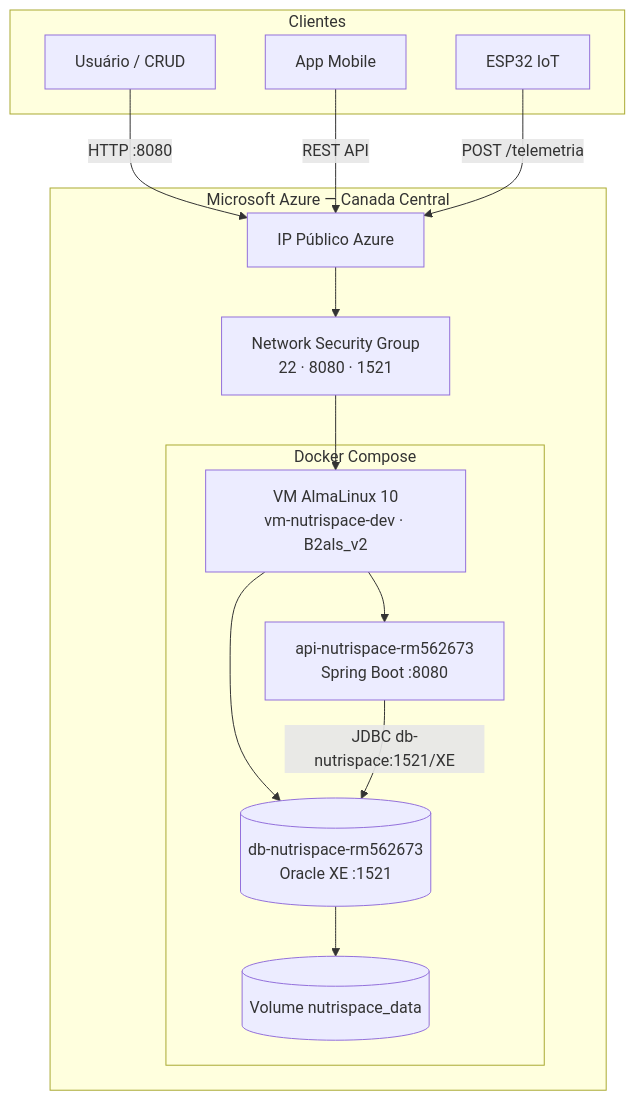
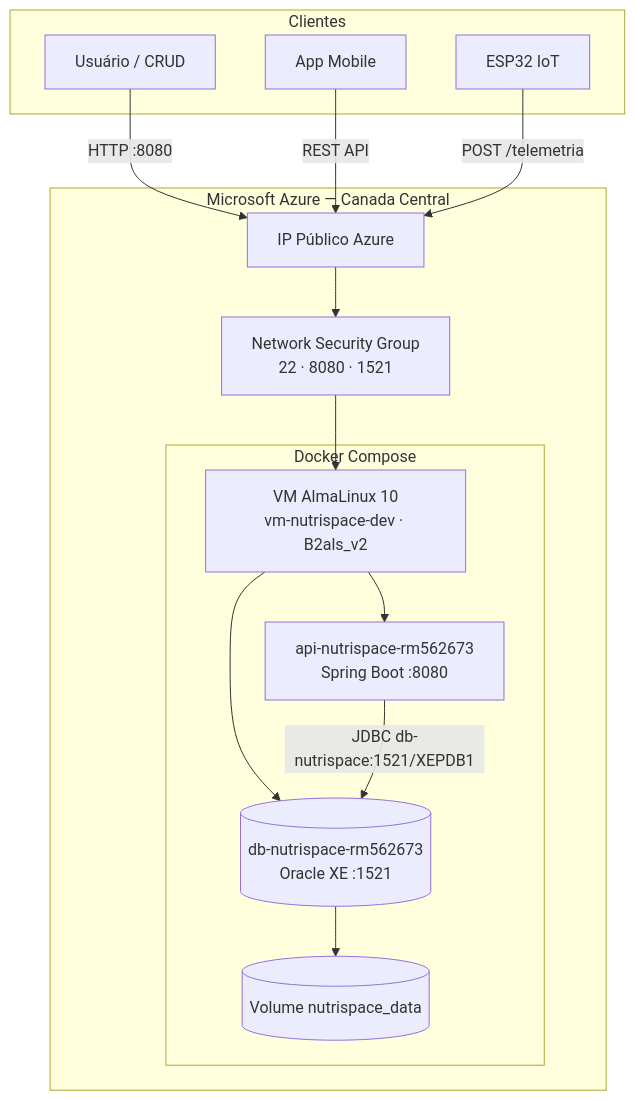
The diagram in README.md (GuuiSOares/nutrispace-devops), drawn with Mermaid before and after one commit. The commit also changed other lines of this file and 1 other file, not shown here.

````diff
--- a/README.md
+++ b/README.md
@@ -35,24 +35,24 @@
 ```mermaid
 flowchart TB
     subgraph Clientes["Clientes"]
         U[Usuário / CRUD]
         M[App Mobile]
         I[ESP32 IoT]
     end
 
     U -->|HTTP :8080| IP[IP Público Azure]
     M -->|REST API| IP
     I -->|POST /telemetria| IP
 
     subgraph Azure["Microsoft Azure — Canada Central"]
         IP --> NSG[Network Security Group<br/>22 · 8080 · 1521]
         NSG --> VM[VM AlmaLinux 10<br/>vm-nutrispace-dev · B2als_v2]
 
         subgraph Docker["Docker Compose"]
             VM --> API[api-nutrispace-rm562673<br/>Spring Boot :8080]
             VM --> DB[(db-nutrispace-rm562673<br/>Oracle XE :1521)]
-            API -->|JDBC db-nutrispace:1521/XE| DB
+            API -->|JDBC db-nutrispace:1521/XEPDB1| DB
             DB --> VOL[(Volume nutrispace_data)]
         end
     end
 ```
````
